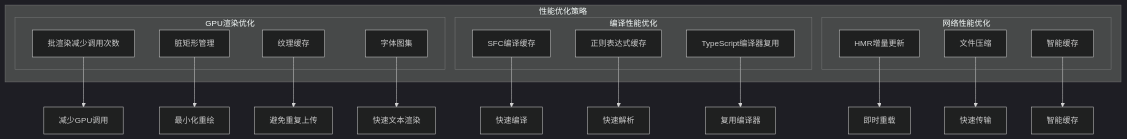
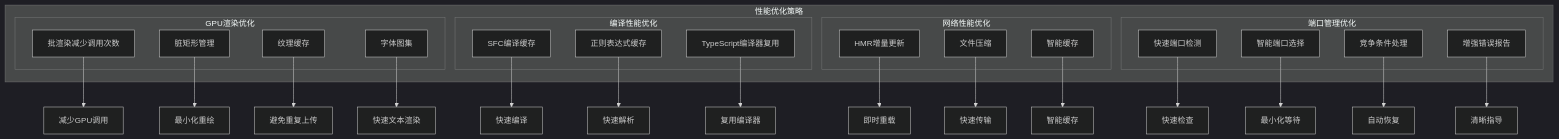
Before and after one commit to itszzl-sudo/iris: the tenth of 10 diagrams in .qoder/repowiki/zh/content/核心功能特性/Iris WASM开发服务器.md, drawn with Mermaid (dark theme). The commit also changed other lines of this file and 34 other files, not shown here.

````diff
--- a/.qoder/repowiki/zh/content/核心功能特性/Iris WASM开发服务器.md
+++ b/.qoder/repowiki/zh/content/核心功能特性/Iris WASM开发服务器.md
@@ -419,31 +487,41 @@
 ```mermaid
 graph TB
 subgraph "性能优化策略"
 subgraph "GPU渲染优化"
 BatchRender[批渲染减少调用次数]
 DirtyRect[脏矩形管理]
 TextureCache[纹理缓存]
 FontAtlas[字体图集]
 end
 subgraph "编译性能优化"
 SFCache[SFC编译缓存]
 RegexCache[正则表达式缓存]
 TsCompiler[TypeScript编译器复用]
 end
 subgraph "网络性能优化"
 HMR[HMR增量更新]
 Compression[文件压缩]
 Caching[智能缓存]
 end
+subgraph "端口管理优化"
+PortDetection[快速端口检测]
+AutoSelection[智能端口选择]
+RaceCondition[竞争条件处理]
+ErrorReporting[增强错误报告]
+end
 end
 BatchRender --> ReduceCalls[减少GPU调用]
 DirtyRect --> MinimizeRepaint[最小化重绘]
 TextureCache --> AvoidUpload[避免重复上传]
 FontAtlas --> FastText[快速文本渲染]
 SFCache --> FastCompile[快速编译]
 RegexCache --> FastParse[快速解析]
 TsCompiler --> ReuseCompiler[复用编译器]
 HMR --> InstantReload[即时重载]
 Compression --> FastTransfer[快速传输]
 Caching --> SmartCache[智能缓存]
+PortDetection --> QuickCheck[快速检查]
+AutoSelection --> MinimizeWait[最小化等待]
+RaceCondition --> AutomaticRecovery[自动恢复]
+ErrorReporting --> ClearGuidance[清晰指导]
 ```
````
